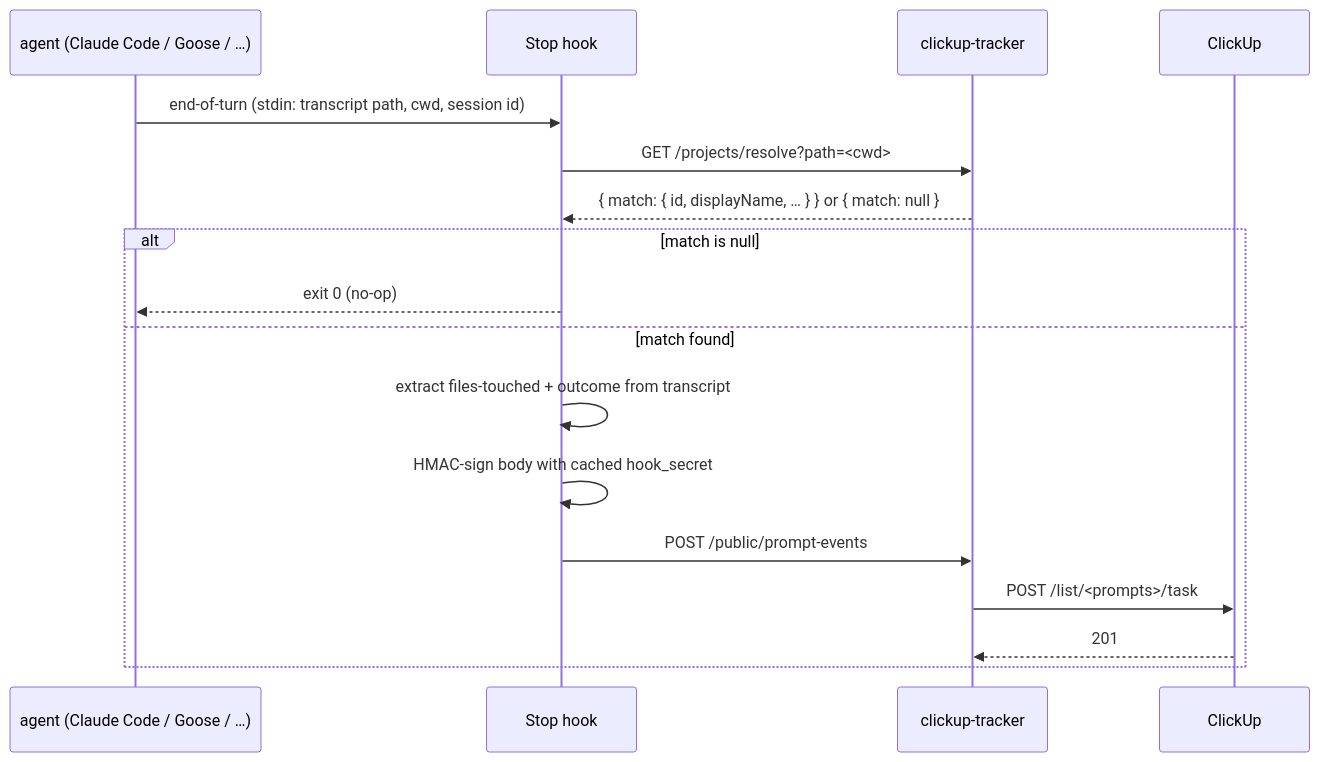
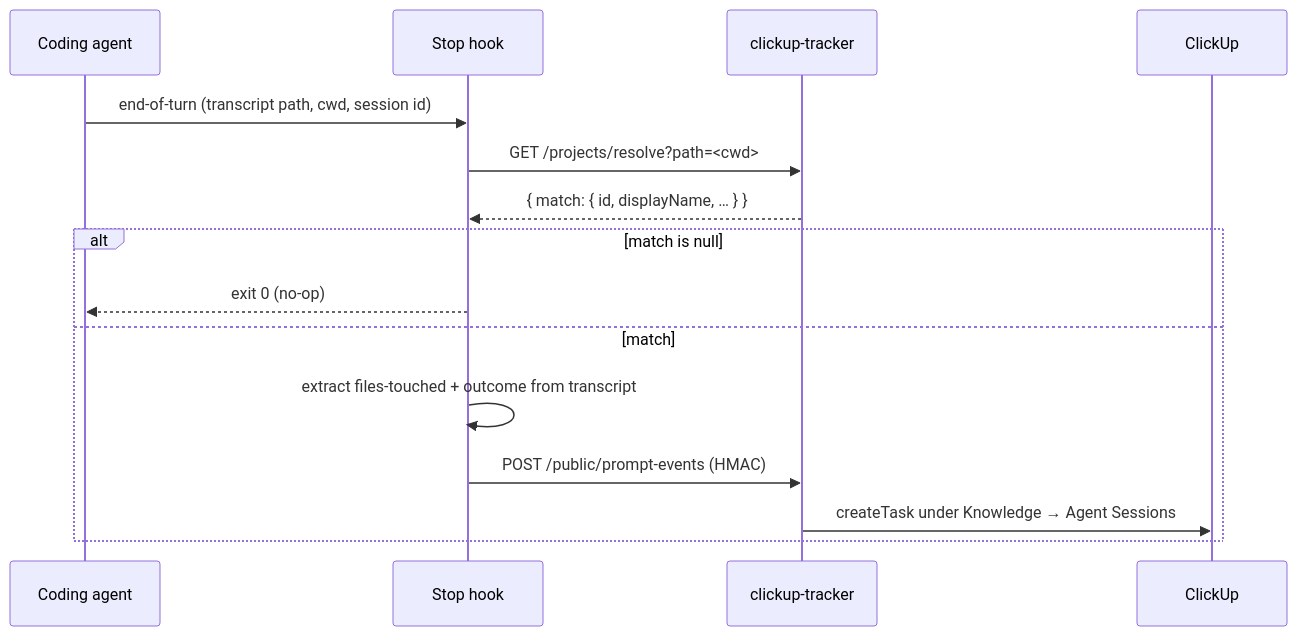
One commit to Achitokun14/clickup-tracker-standalone changed the fourth of 8 diagrams in docs/architecture.md. Above: the diagram before and after it, drawn with Mermaid. The commit also changed other lines of this file and 9 other files, not shown here.

First line of the commit message:
docs: v0.3.0 + v0.4.0 mermaid deep-dives + roadmap (#54)

````diff
--- a/docs/architecture.md
+++ b/docs/architecture.md
@@ -65,21 +124,18 @@
 ```mermaid
 sequenceDiagram
-  participant agent as agent (Claude Code / Goose / …)
-  participant stop as Stop hook
-  participant cup as clickup-tracker
-  participant cu as ClickUp
+  participant Agent as Coding agent
+  participant Stop as Stop hook
+  participant Daemon as clickup-tracker
+  participant CU as ClickUp
 
-  agent->>stop: end-of-turn (stdin: transcript path, cwd, session id)
-  stop->>cup: GET /projects/resolve?path=<cwd>
-  cup-->>stop: { match: { id, displayName, … } } or { match: null }
-
+  Agent->>Stop: end-of-turn (transcript path, cwd, session id)
+  Stop->>Daemon: GET /projects/resolve?path=<cwd>
+  Daemon-->>Stop: { match: { id, displayName, … } }
   alt match is null
-    stop-->>agent: exit 0 (no-op)
-  else match found
-    stop->>stop: extract files-touched + outcome from transcript
-    stop->>stop: HMAC-sign body with cached hook_secret
-    stop->>cup: POST /public/prompt-events
-    cup->>cu: POST /list/<prompts>/task
-    cu-->>cup: 201
+    Stop-->>Agent: exit 0 (no-op)
+  else match
+    Stop->>Stop: extract files-touched + outcome from transcript
+    Stop->>Daemon: POST /public/prompt-events (HMAC)
+    Daemon->>CU: createTask under Knowledge → Agent Sessions
   end
 ```
````
